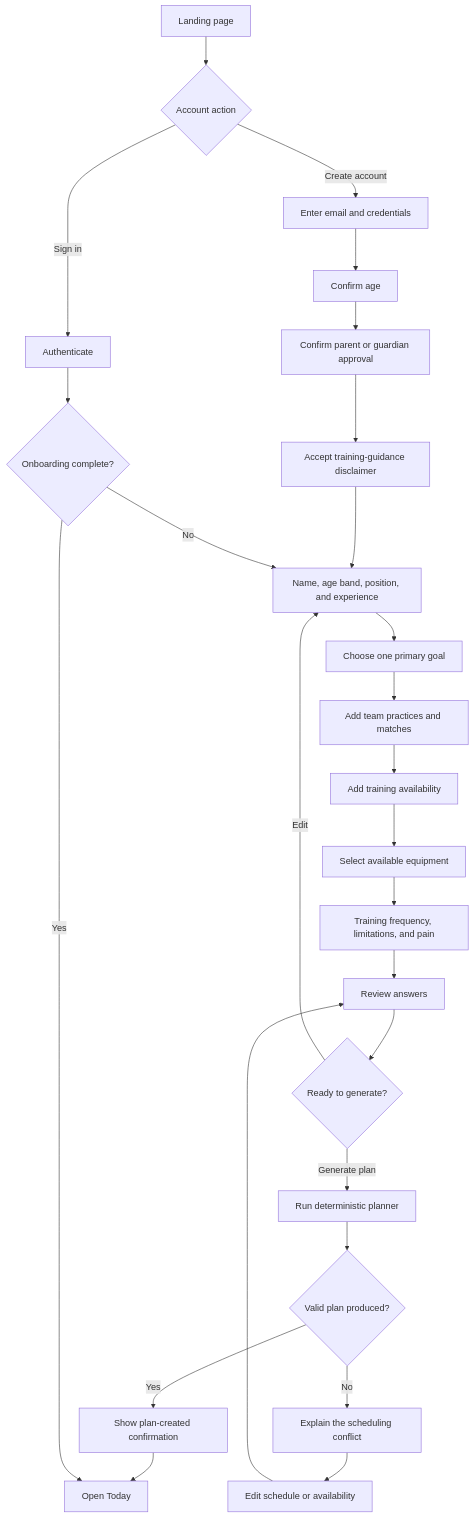
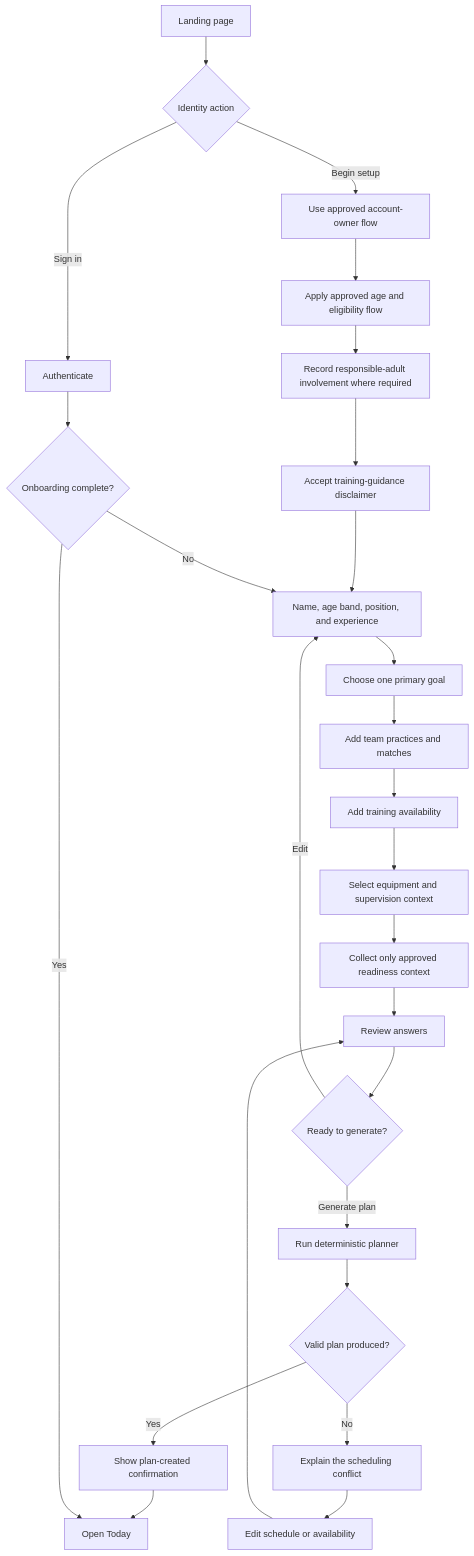
The third of 9 diagrams in docs/user-flow.md (pedripottah/PureAthletic), drawn with Mermaid before and after one commit. The commit also changed other lines of this file and 1 other file, not shown here.

````diff
--- a/docs/user-flow.md
+++ b/docs/user-flow.md
@@ -76,30 +82,30 @@
 ```mermaid
 flowchart TD
-    A[Landing page] --> B{Account action}
-    B -->|Create account| C[Enter email and credentials]
+    A[Landing page] --> B{Identity action}
+    B -->|Begin setup| C[Use approved account-owner flow]
     B -->|Sign in| D[Authenticate]
-    C --> E[Confirm age]
-    E --> F[Confirm parent or guardian approval]
+    C --> E[Apply approved age and eligibility flow]
+    E --> F[Record responsible-adult involvement where required]
     F --> G[Accept training-guidance disclaimer]
 
     G --> I[Name, age band, position, and experience]
     I --> J[Choose one primary goal]
     J --> K[Add team practices and matches]
     K --> L[Add training availability]
-    L --> M[Select available equipment]
-    M --> N[Training frequency, limitations, and pain]
+    L --> M[Select equipment and supervision context]
+    M --> N[Collect only approved readiness context]
     N --> O[Review answers]
     O --> P{Ready to generate?}
     P -->|Edit| I
     P -->|Generate plan| Q[Run deterministic planner]
     Q --> R{Valid plan produced?}
     R -->|Yes| S[Show plan-created confirmation]
     S --> T[Open Today]
     R -->|No| U[Explain the scheduling conflict]
     U --> V[Edit schedule or availability]
     V --> O
 
     D --> W{Onboarding complete?}
     W -->|No| I
     W -->|Yes| T
 ```
````
